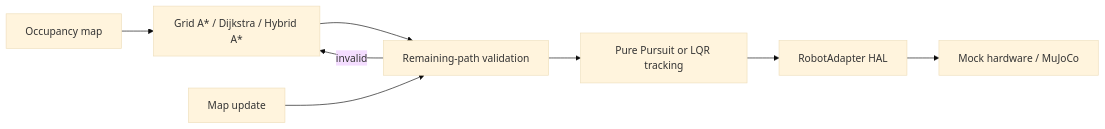
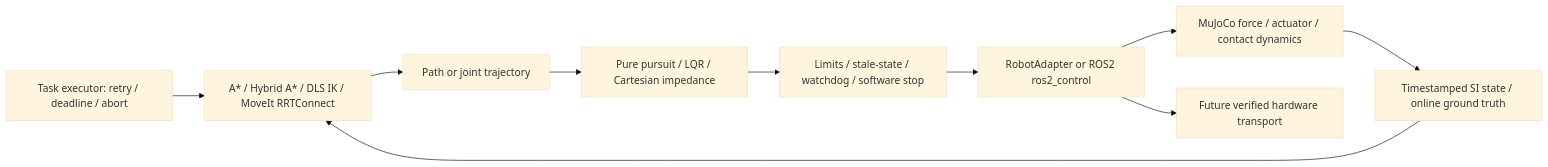
The diagram in README.md (Leo-7GOAT/EmbodiedSwarm), drawn with Mermaid (base theme) before and after one commit. The commit also changed other lines of this file and 9 other files, not shown here.

Commit message:
docs: publish measured MuJoCo and ROS2 portfolio with remaining gates

````diff
--- a/README.md
+++ b/README.md
@@ -34,10 +17,12 @@
 ```mermaid
 flowchart LR
-    M[Occupancy map] --> P[Grid A* / Dijkstra / Hybrid A*]
-    P --> V[Remaining-path validation]
-    V --> C[Pure Pursuit or LQR tracking]
-    C --> H[RobotAdapter HAL]
-    H --> S[Mock hardware / MuJoCo]
-    U[Map update] --> V
-    V -->|invalid| P
+    Task[Task executor: retry / deadline / abort] --> Plan[A* / Hybrid A* / DLS IK / MoveIt RRTConnect]
+    Plan --> Traj[Path or joint trajectory]
+    Traj --> Ctrl[Pure pursuit / LQR / Cartesian impedance]
+    Ctrl --> Safe[Limits / stale-state / watchdog / software stop]
+    Safe --> HAL[RobotAdapter or ROS2 ros2_control]
+    HAL --> Sim[MuJoCo force / actuator / contact dynamics]
+    Sim --> State[Timestamped SI state / online ground truth]
+    State --> Plan
+    HAL --> HW[Future verified hardware transport]
 ```
````
